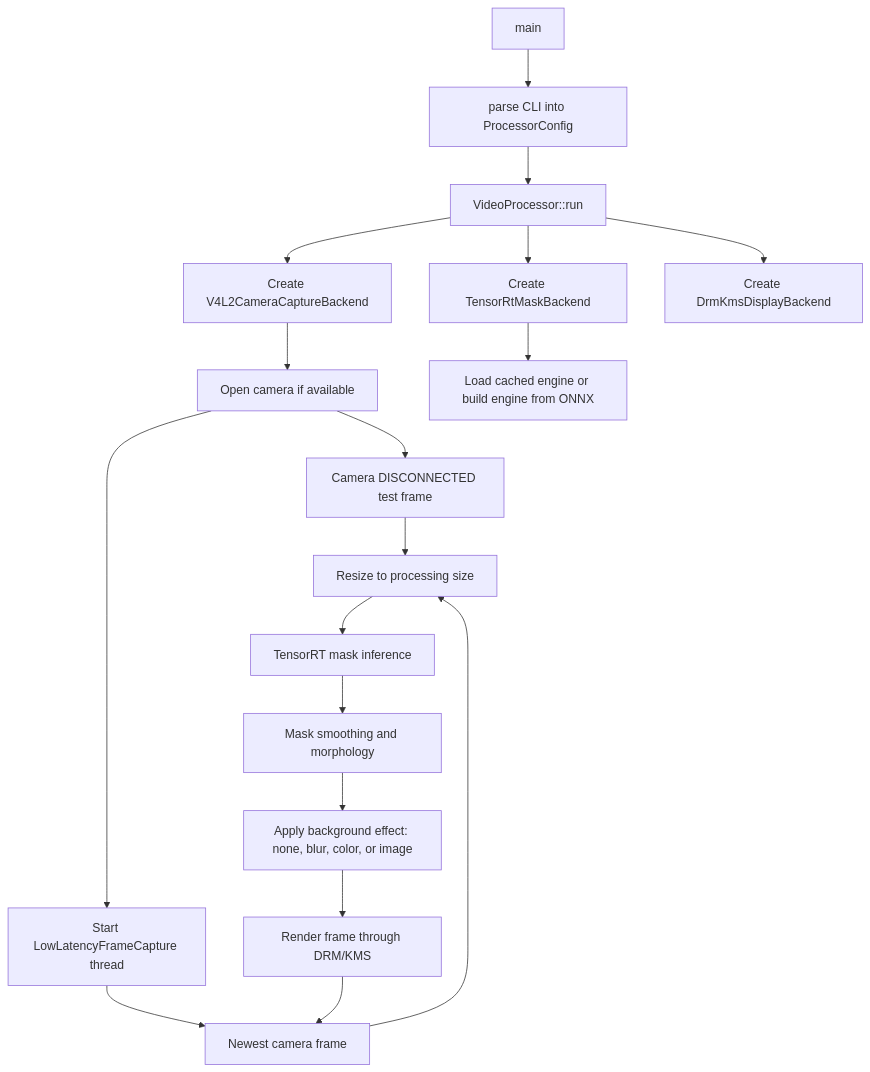
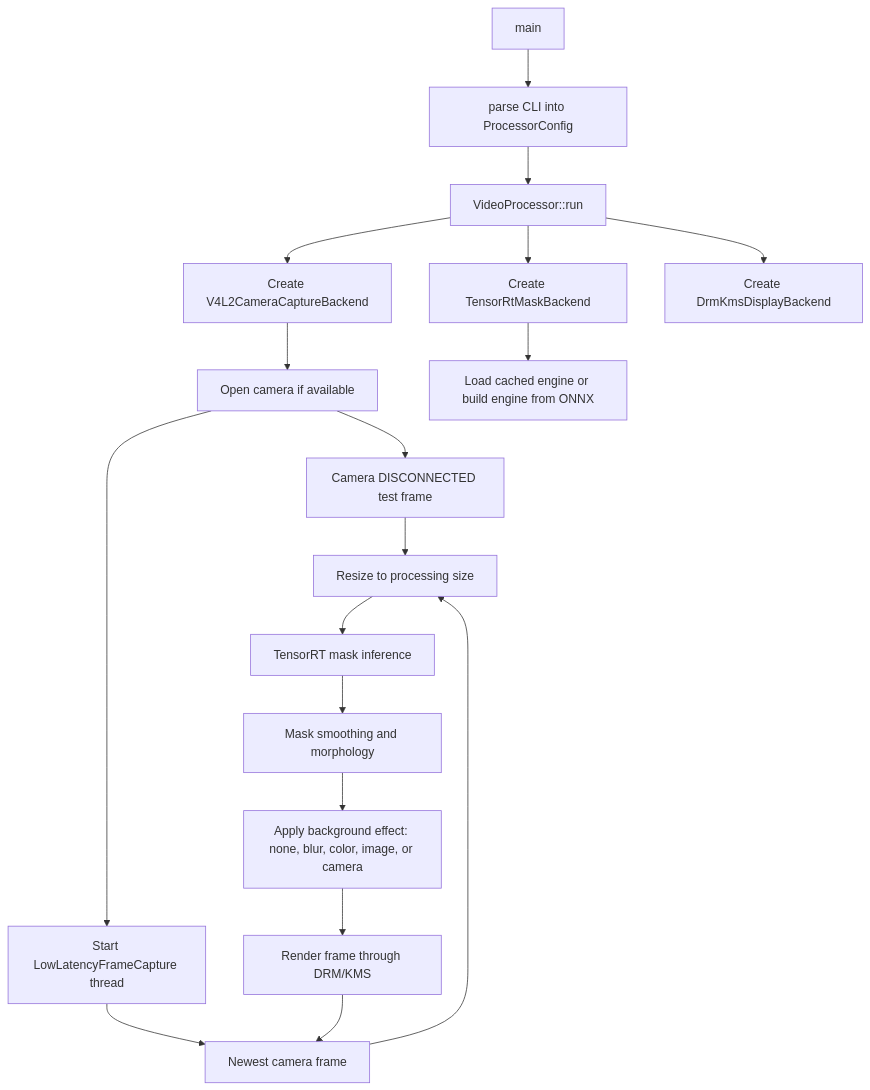
One commit to tseiman/JONImageProcessor changed the second of 2 diagrams in docs/architecture.md. Above: the diagram before and after it, drawn with Mermaid. The commit also changed other lines of this file and 6 other files, not shown here.

Commit message:
Add AirPlay camera background effect (codex supported)

````diff
--- a/docs/architecture.md
+++ b/docs/architecture.md
@@ -86,20 +86,20 @@
 ```mermaid
 flowchart TD
     A[main] --> B[parse CLI into ProcessorConfig]
     B --> C[VideoProcessor::run]
     C --> D[Create V4L2CameraCaptureBackend]
     D --> E[Open camera if available]
     E --> Fallback[Camera DISCONNECTED test frame]
     E --> LC[Start LowLatencyFrameCapture thread]
     C --> F[Create TensorRtMaskBackend]
     F --> G[Load cached engine or build engine from ONNX]
     C --> H[Create DrmKmsDisplayBackend]
     LC --> I[Newest camera frame]
     Fallback --> J
     I --> J[Resize to processing size]
     J --> K[TensorRT mask inference]
     K --> L[Mask smoothing and morphology]
-    L --> M[Apply background effect: none, blur, color, or image]
+    L --> M[Apply background effect: none, blur, color, image, or camera]
     M --> N[Render frame through DRM/KMS]
     N --> I
 ```
````
